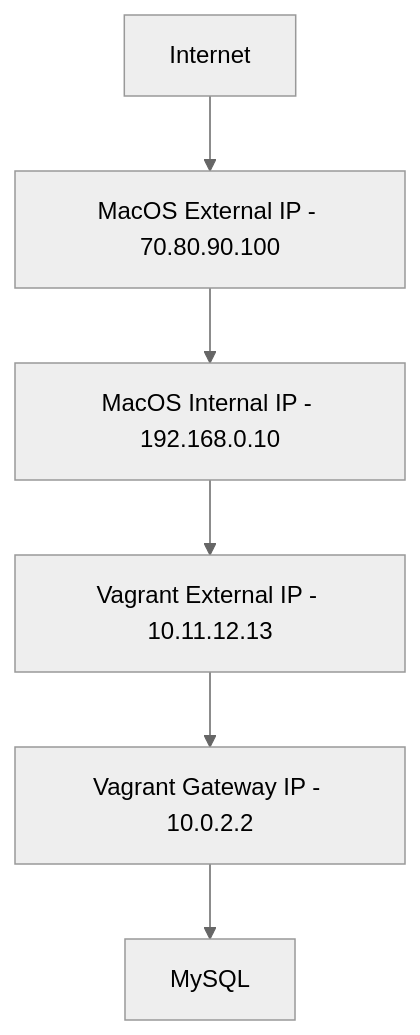
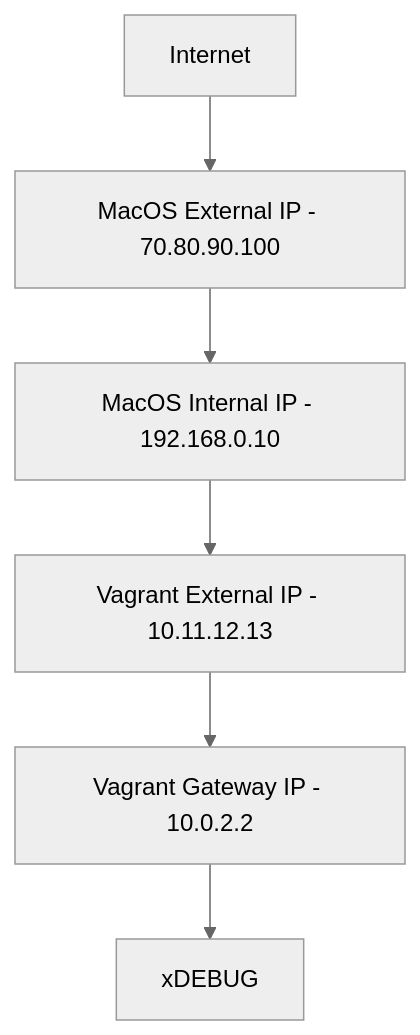
Before and after one commit to IORoot/puppet__infrastructure: the diagram in data/README.md, drawn with Mermaid (neutral theme). The commit also changed other lines of this file and 2 other files, not shown here.

Commit message:
slow query log

````diff
--- a/data/README.md
+++ b/data/README.md
@@ -16,18 +16,18 @@
 ```mermaid
 graph TB
 	Internet --> ExternalHost
 	
 	ExternalHost[MacOS External IP - 70.80.90.100 ] 
 		--> InternalHost
 		
 	InternalHost[MacOS Internal IP - 192.168.0.10] 
 		--> VagrantExt
 	
 	VagrantExt[Vagrant External IP - 10.11.12.13] 
 		--> VagrantGW
 		
 	VagrantGW[Vagrant Gateway IP - 10.0.2.2]
-		--> MySQL
+		--> xDEBUG
 		
-	MySQL
+	xDEBUG
 ```
````
